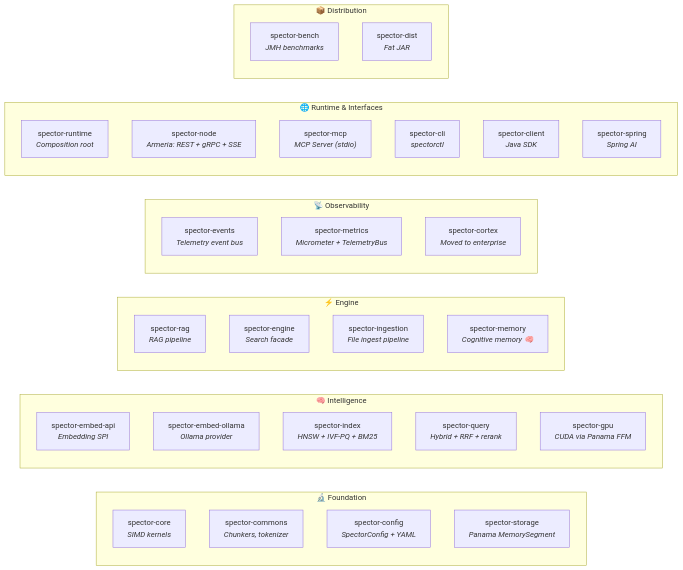
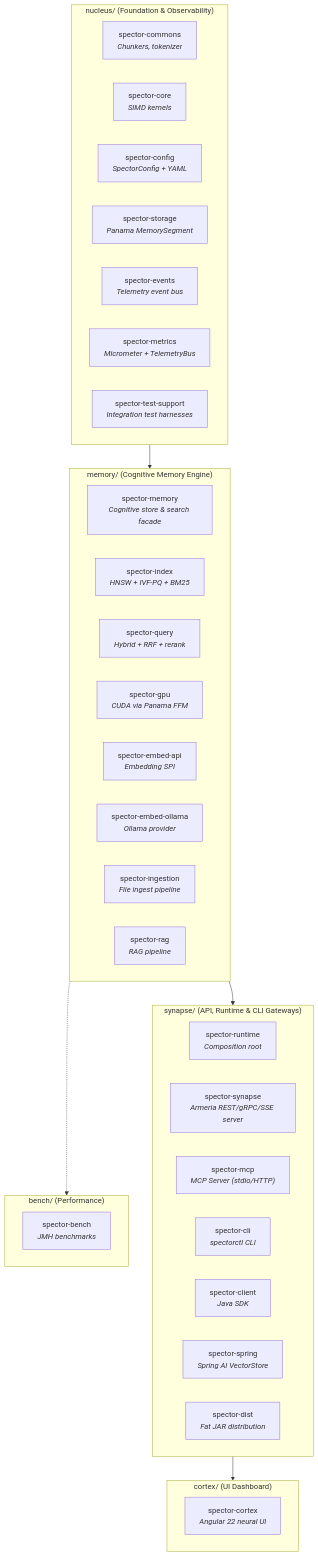
Before and after one commit to spectrayan/spector: the first of 3 diagrams in docs/docs/modules/index.md, drawn with Mermaid. The commit also changed other lines of this file and 1511 other files, not shown here.

First line of the commit message:
refactor: restructure repo into nucleus/, memory/, synapse/, cortex/, bench/ (#283) (#286)

````diff
--- a/docs/docs/modules/index.md
+++ b/docs/docs/modules/index.md
@@ -9,44 +9,45 @@
 ```mermaid
-graph LR
-    subgraph "🔬 Foundation"
+graph TB
+    subgraph nucleus["nucleus/ (Foundation & Observability)"]
+        commons["spector-commons<br/><i>Chunkers, tokenizer</i>"]
         core["spector-core<br/><i>SIMD kernels</i>"]
-        commons["spector-commons<br/><i>Chunkers, tokenizer</i>"]
         config["spector-config<br/><i>SpectorConfig + YAML</i>"]
         storage["spector-storage<br/><i>Panama MemorySegment</i>"]
+        events["spector-events<br/><i>Telemetry event bus</i>"]
+        metrics["spector-metrics<br/><i>Micrometer + TelemetryBus</i>"]
+        testsupport["spector-test-support<br/><i>Integration test harnesses</i>"]
     end
 
-    subgraph "🧠 Intelligence"
-        embedApi["spector-embed-api<br/><i>Embedding SPI</i>"]
-        embedOllama["spector-embed-ollama<br/><i>Ollama provider</i>"]
+    subgraph memory["memory/ (Cognitive Memory Engine)"]
+        spectormemory["spector-memory<br/><i>Cognitive store & search facade</i>"]
         index["spector-index<br/><i>HNSW + IVF-PQ + BM25</i>"]
         query["spector-query<br/><i>Hybrid + RRF + rerank</i>"]
         gpu["spector-gpu<br/><i>CUDA via Panama FFM</i>"]
+        embedApi["spector-embed-api<br/><i>Embedding SPI</i>"]
+        embedOllama["spector-embed-ollama<br/><i>Ollama provider</i>"]
+        ingestion["spector-ingestion<br/><i>File ingest pipeline</i>"]
+        rag["spector-rag<br/><i>RAG pipeline</i>"]
     end
 
-    subgraph "⚡ Engine"
-        rag["spector-rag<br/><i>RAG pipeline</i>"]
-        engine["spector-engine<br/><i>Search facade</i>"]
-        ingestion["spector-ingestion<br/><i>File ingest pipeline</i>"]
-        memory["spector-memory<br/><i>Cognitive memory 🧠</i>"]
+    subgraph synapse["synapse/ (API, Runtime & CLI Gateways)"]
+        runtime["spector-runtime<br/><i>Composition root</i>"]
+        synapseapp["spector-synapse<br/><i>Armeria REST/gRPC/SSE server</i>"]
+        mcp["spector-mcp<br/><i>MCP Server (stdio/HTTP)</i>"]
+        cli["spector-cli<br/><i>spectorctl CLI</i>"]
+        client["spector-client<br/><i>Java SDK</i>"]
+        spring["spector-spring<br/><i>Spring AI VectorStore</i>"]
+        dist["spector-dist<br/><i>Fat JAR distribution</i>"]
     end
 
-    subgraph "📡 Observability"
-        events["spector-events<br/><i>Telemetry event bus</i>"]
-        metrics["spector-metrics<br/><i>Micrometer + TelemetryBus</i>"]
-        cortex["spector-cortex<br/><i>Moved to enterprise</i>"]
+    subgraph cortex["cortex/ (UI Dashboard)"]
+        spectorcortex["spector-cortex<br/><i>Angular 22 neural UI</i>"]
     end
 
-    subgraph "🌐 Runtime & Interfaces"
-        runtime["spector-runtime<br/><i>Composition root</i>"]
-        node["spector-node<br/><i>Armeria: REST + gRPC + SSE</i>"]
-        mcp["spector-mcp<br/><i>MCP Server (stdio)</i>"]
-        cli["spector-cli<br/><i>spectorctl</i>"]
-        client["spector-client<br/><i>Java SDK</i>"]
-        spring["spector-spring<br/><i>Spring AI</i>"]
+    subgraph bench["bench/ (Performance)"]
+        spectorbench["spector-bench<br/><i>JMH benchmarks</i>"]
     end
 
-    subgraph "📦 Distribution"
-        bench["spector-bench<br/><i>JMH benchmarks</i>"]
-        dist["spector-dist<br/><i>Fat JAR</i>"]
-    end
+    nucleus --> memory --> synapse
+    synapse --> cortex
+    memory -.-> bench
 ```
````
